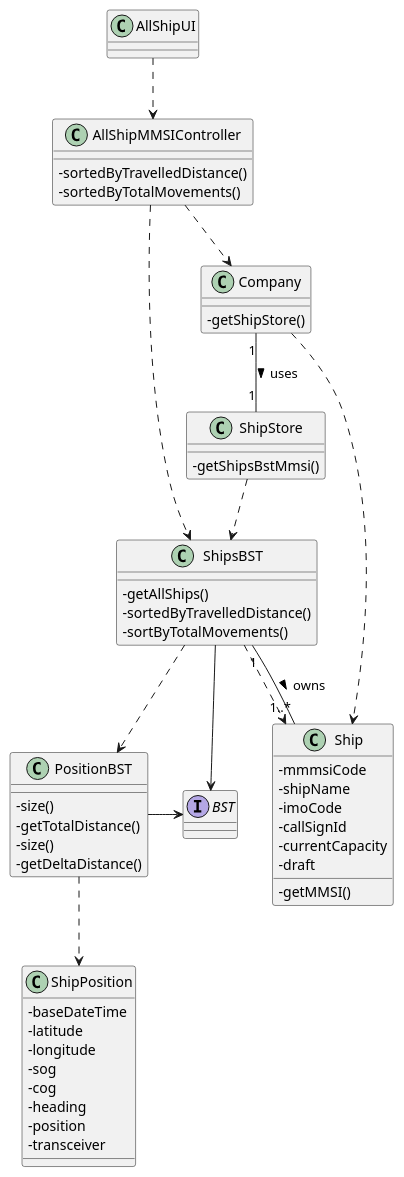
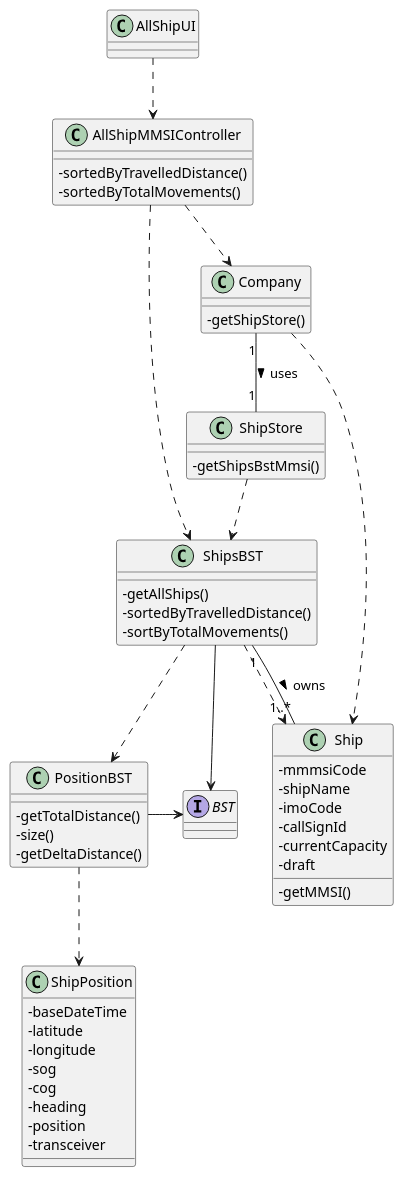
One commit to ana-albergaria/LAPR3-ISEP changed the diagram in docs/US105/US105_CD.puml. Above: the diagram before and after it, drawn with PlantUML. The commit also changed 2 other files, not shown here.

```diff
--- a/docs/US105/US105_CD.puml
+++ b/docs/US105/US105_CD.puml
@@ -1,73 +1,72 @@
 @startuml
 
 skinparam classAttributeIconSize 0
 
 
 class Ship {
     -mmmsiCode
     -shipName
     -imoCode
     -callSignId
     -currentCapacity /'added by us'/
     -draft
 
     -getMMSI()
 }
 
 class ShipPosition {
     -baseDateTime
     -latitude
     -longitude
     -sog
     -cog
     -heading
     -position
     -transceiver
 }
 
 class ShipStore {
     -getShipsBstMmsi()
 }
 
 
 class AllShipUI {}
 
 class AllShipMMSIController {
     -sortedByTravelledDistance()
     -sortedByTotalMovements()
 }
 
 class ShipsBST{
     -getAllShips()
     -sortedByTravelledDistance()
     -sortByTotalMovements()
 }
 
 class PositionBST{
-    -size()
     -getTotalDistance()
     -size()
     -getDeltaDistance()
 }
 class Company {
     -getShipStore()
 }
 
 interface BST{}
 
 
 Company "1" -- "1" ShipStore : uses >
 ShipStore ..> ShipsBST
 ShipsBST "1" -- "1..*" Ship : owns >
 AllShipUI ..> AllShipMMSIController
 AllShipMMSIController ..> ShipsBST
 AllShipMMSIController ..> Company
 ShipsBST ..> Ship
 ShipsBST -> BST
 ShipsBST ..> PositionBST
 PositionBST ..> ShipPosition
 PositionBST -> BST
 Company ..> Ship
 
 
 @enduml
```
